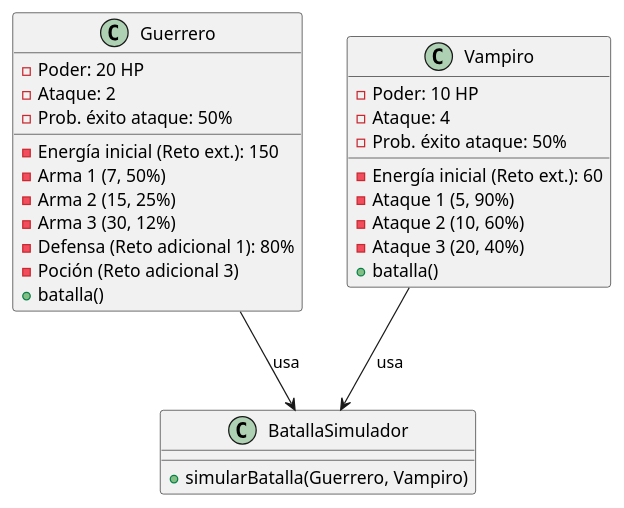
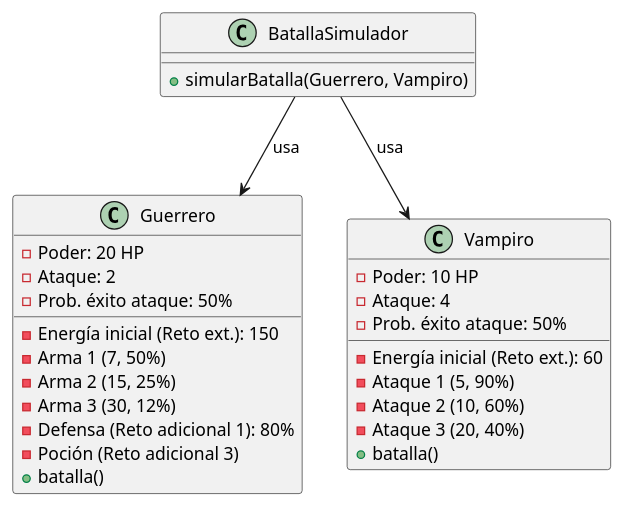
Before and after one commit to mmasias/23-24-IdSw2-SDD: the diagram in modelosUML/modeloDeDominioBasico.puml, drawn with PlantUML. The commit also changed 1 other file, not shown here.

```diff
--- a/modelosUML/modeloDeDominioBasico.puml
+++ b/modelosUML/modeloDeDominioBasico.puml
@@ -1,34 +1,34 @@
 @startuml
 
 class Guerrero {
   - Poder: 20 HP
   - Ataque: 2
   - Prob. éxito ataque: 50%
   - Energía inicial (Reto ext.): 150
   - Arma 1 (7, 50%)
   - Arma 2 (15, 25%)
   - Arma 3 (30, 12%)
   - Defensa (Reto adicional 1): 80%
   - Poción (Reto adicional 3)
   + batalla()
 }
 
 class Vampiro {
   - Poder: 10 HP
   - Ataque: 4
   - Prob. éxito ataque: 50%
   - Energía inicial (Reto ext.): 60
   - Ataque 1 (5, 90%)
   - Ataque 2 (10, 60%)
   - Ataque 3 (20, 40%)
   + batalla()
 }
 
 class BatallaSimulador {
   + simularBatalla(Guerrero, Vampiro)
 }
 
-Guerrero --> BatallaSimulador : usa
-Vampiro --> BatallaSimulador : usa
+BatallaSimulador --> Guerrero : usa
+BatallaSimulador --> Vampiro : usa
 
 @enduml
```
